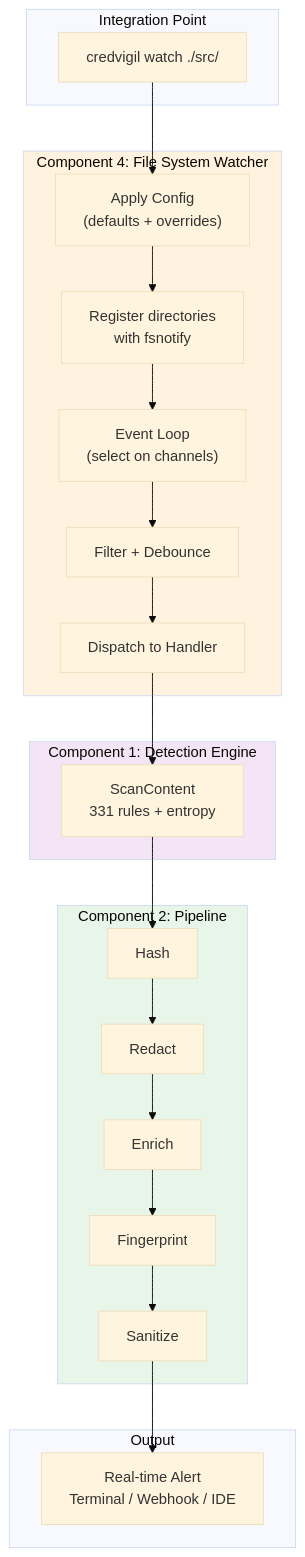
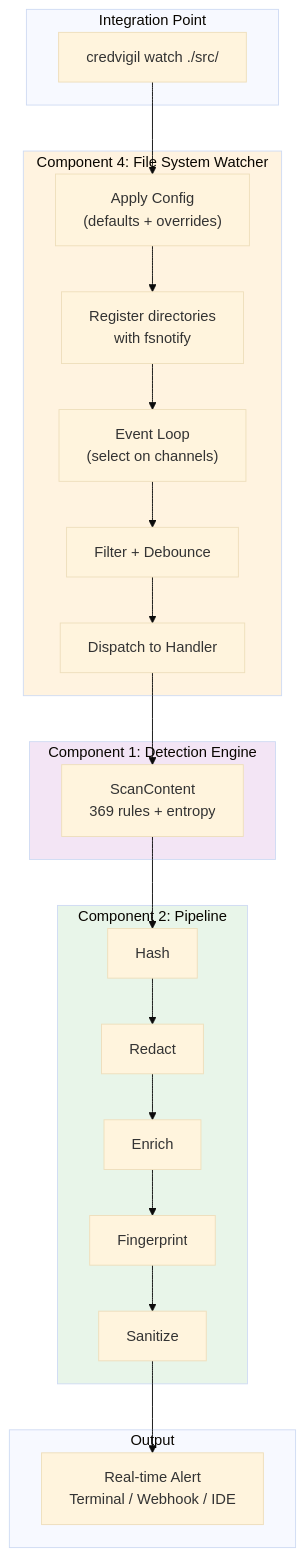
One commit to svemulapati/CredVigil changed diagram 32 of 45 in docs/training/04-file-system-watcher.md. Above: the diagram before and after it, drawn with Mermaid (base theme). The commit also changed other lines of this file and 20 other files, not shown here.

````diff
--- a/docs/training/04-file-system-watcher.md
+++ b/docs/training/04-file-system-watcher.md
@@ -1166,40 +1166,40 @@
 ```mermaid
 flowchart TB
     subgraph CLI["Integration Point"]
         CMD["credvigil watch ./src/"]
     end
     
     subgraph C4["Component 4: File System Watcher"]
         CONFIG["Apply Config\n(defaults + overrides)"]
         REGISTER["Register directories\nwith fsnotify"]
         LOOP["Event Loop\n(select on channels)"]
         FILTER["Filter + Debounce"]
         DISPATCH["Dispatch to Handler"]
     end
     
     subgraph C1["Component 1: Detection Engine"]
-        ENGINE["ScanContent\n331 rules + entropy"]
+        ENGINE["ScanContent\n369 rules + entropy"]
     end
     
     subgraph C2["Component 2: Pipeline"]
         HASH["Hash"]
         REDACT["Redact"]
         ENRICH["Enrich"]
         FP["Fingerprint"]
         SANITIZE["Sanitize"]
     end
     
     subgraph OUTPUT["Output"]
         ALERT["Real-time Alert\nTerminal / Webhook / IDE"]
     end
     
     CMD --> CONFIG --> REGISTER --> LOOP
     LOOP --> FILTER --> DISPATCH
     DISPATCH --> ENGINE
     ENGINE --> HASH --> REDACT --> ENRICH --> FP --> SANITIZE
     SANITIZE --> ALERT
     
     style C4 fill:#fff3e0
     style C1 fill:#f3e5f5
     style C2 fill:#e8f5e9
 ```
````
